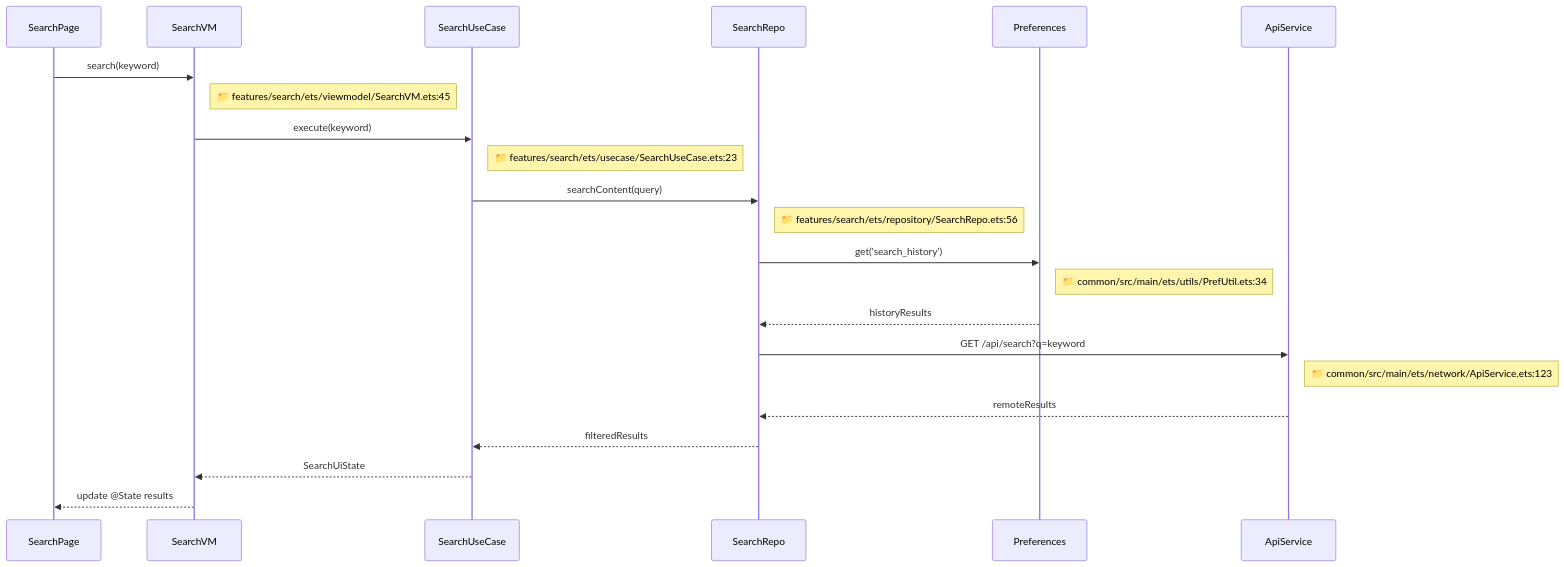
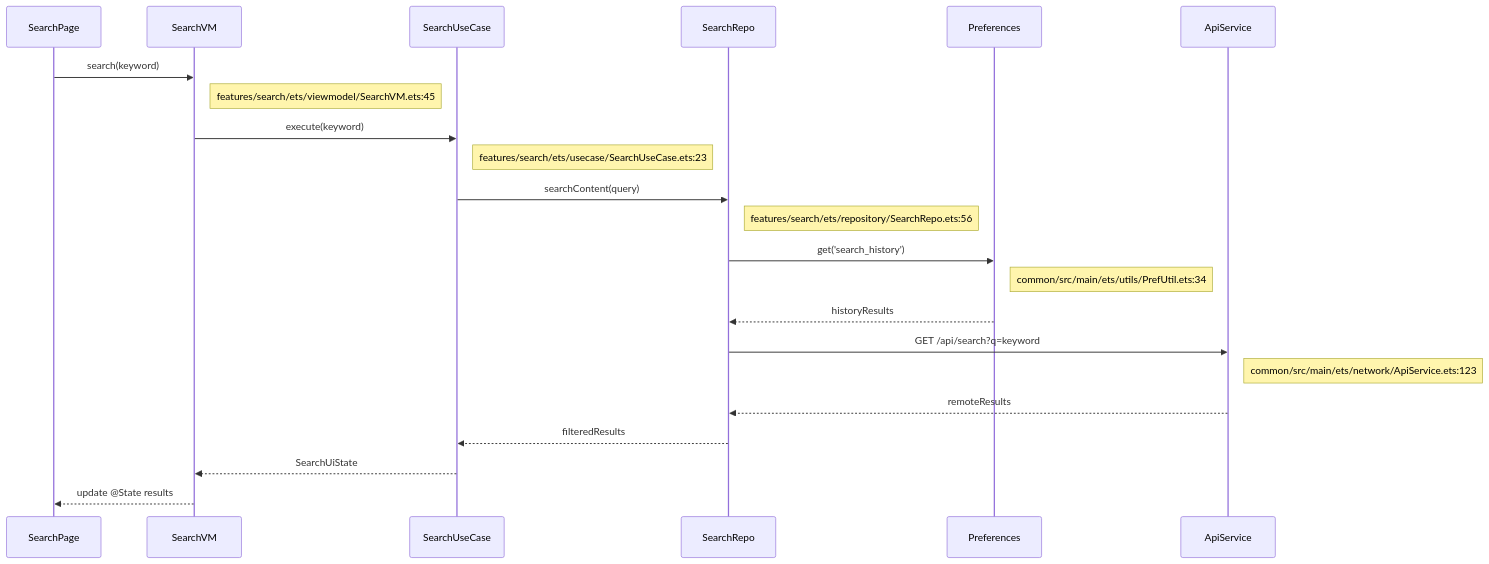
The third of 5 diagrams in references/harmonyos-template.md (CaostGrace/project-arch-reverse), drawn with Mermaid before and after one commit. The commit also changed other lines of this file and 10 other files, not shown here.

Commit message:
fix: 修复 12.1 流程图 Mermaid 渲染问题 - 结构重组+节点引号+形状修复

````diff
--- a/references/harmonyos-template.md
+++ b/references/harmonyos-template.md
@@ -443,25 +458,25 @@
 ```mermaid
 sequenceDiagram
     participant UI as SearchPage
     participant VM as SearchVM
     participant UC as SearchUseCase
     participant Repo as SearchRepo
     participant Local as Preferences
     participant Remote as ApiService
 
     UI->>VM: search(keyword)
-    Note right of VM: 📁 features/search/ets/viewmodel/SearchVM.ets:45
+    Note right of VM:  features/search/ets/viewmodel/SearchVM.ets:45
     VM->>UC: execute(keyword)
-    Note right of UC: 📁 features/search/ets/usecase/SearchUseCase.ets:23
+    Note right of UC:  features/search/ets/usecase/SearchUseCase.ets:23
     UC->>Repo: searchContent(query)
-    Note right of Repo: 📁 features/search/ets/repository/SearchRepo.ets:56
+    Note right of Repo:  features/search/ets/repository/SearchRepo.ets:56
     Repo->>Local: get('search_history')
-    Note right of Local: 📁 common/src/main/ets/utils/PrefUtil.ets:34
+    Note right of Local:  common/src/main/ets/utils/PrefUtil.ets:34
     Local-->>Repo: historyResults
     Repo->>Remote: GET /api/search?q=keyword
-    Note right of Remote: 📁 common/src/main/ets/network/ApiService.ets:123
+    Note right of Remote:  common/src/main/ets/network/ApiService.ets:123
     Remote-->>Repo: remoteResults
     Repo-->>UC: filteredResults
     UC-->>VM: SearchUiState
     VM-->>UI: update @State results
 ```
````
